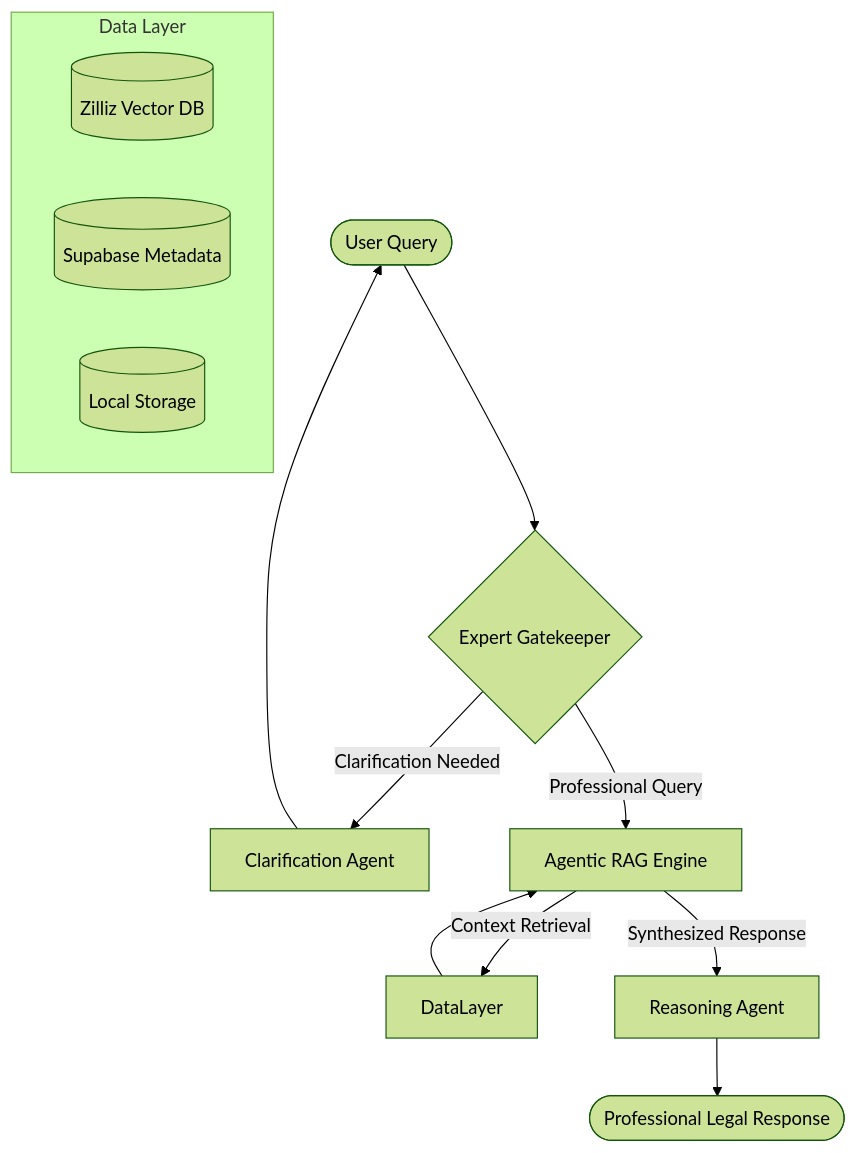
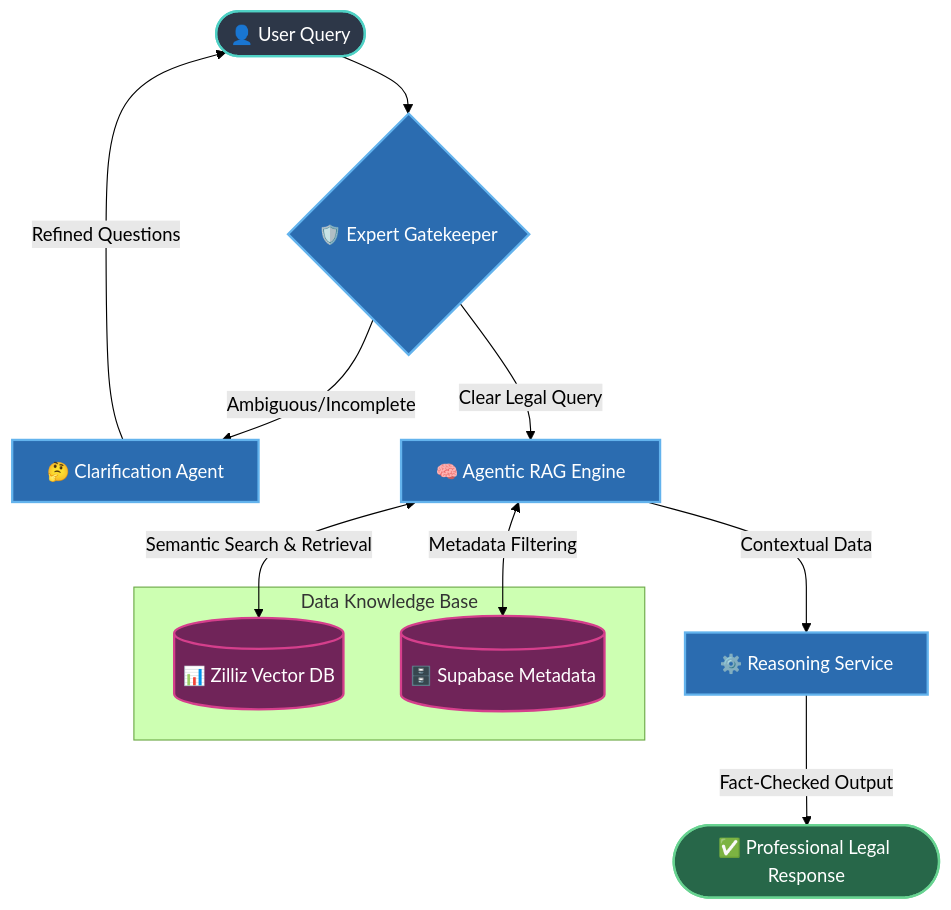
Before and after one commit to Knnivedh/LAW-GPT: the diagram in README.md, drawn with Mermaid (forest theme). The commit also changed other lines of this file and 1 other file, not shown here.

Commit message:
docs: add AI generated banner, enhance architecture graph, and add accuracy metrics

````diff
--- a/README.md
+++ b/README.md
@@ -21,20 +23,25 @@
 ```mermaid
 graph TD
-    User([User Query]) --> Gatekeeper{Expert Gatekeeper}
-    Gatekeeper --> |Clarification Needed| Clarifier[Clarification Agent]
-    Gatekeeper --> |Professional Query| RAG[Agentic RAG Engine]
+    %% Styling
+    classDef user fill:#2d3748,stroke:#4fd1c5,stroke-width:2px,color:#fff
+    classDef agent fill:#2b6cb0,stroke:#63b3ed,stroke-width:2px,color:#fff
+    classDef db fill:#702459,stroke:#d53f8c,stroke-width:2px,color:#fff
+    classDef final fill:#276749,stroke:#68d391,stroke-width:2px,color:#fff
+
+    User([👤 User Query]):::user --> Gatekeeper{🛡️ Expert Gatekeeper}:::agent
+    Gatekeeper --> |Ambiguous/Incomplete| Clarifier[🤔 Clarification Agent]:::agent
+    Gatekeeper --> |Clear Legal Query| RAG[🧠 Agentic RAG Engine]:::agent
     
-    Clarifier --> User
+    Clarifier --> |Refined Questions| User
     
-    subgraph Data Layer
-        Zilliz[(Zilliz Vector DB)]
-        Supabase[(Supabase Metadata)]
-        Local[(Local Storage)]
+    subgraph Data Knowledge Base
+        Zilliz[(📊 Zilliz Vector DB)]:::db
+        Supabase[(🗄️ Supabase Metadata)]:::db
     end
     
-    RAG --> |Context Retrieval| DataLayer
-    DataLayer --> RAG
+    RAG <--> |Semantic Search & Retrieval| Zilliz
+    RAG <--> |Metadata Filtering| Supabase
     
-    RAG --> |Synthesized Response| Reasoning[Reasoning Agent]
-    Reasoning --> FinalResponse([Professional Legal Response])
+    RAG --> |Contextual Data| Reasoning[⚙️ Reasoning Service]:::agent
+    Reasoning --> |Fact-Checked Output| FinalResponse([✅ Professional Legal Response]):::final
 ```
````
